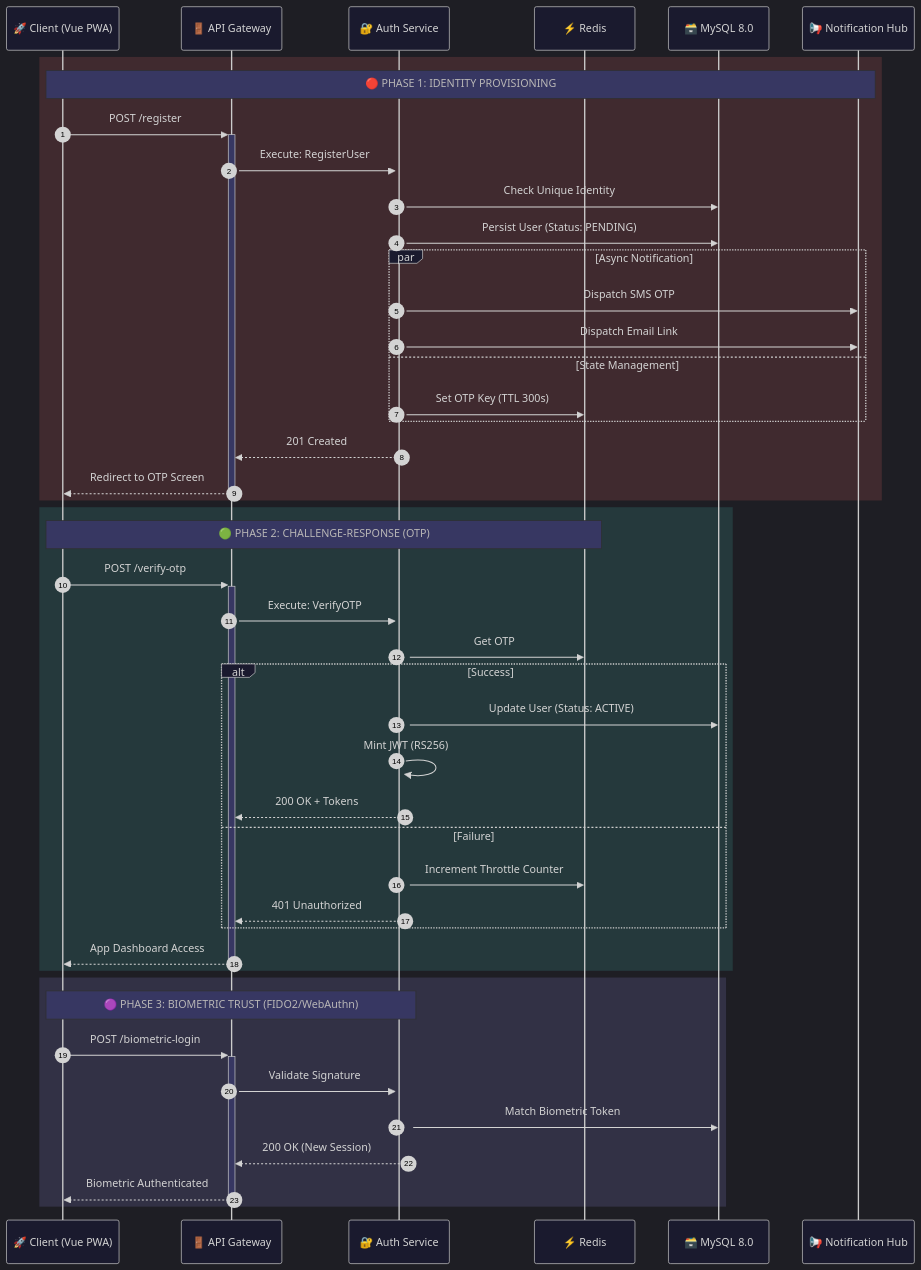
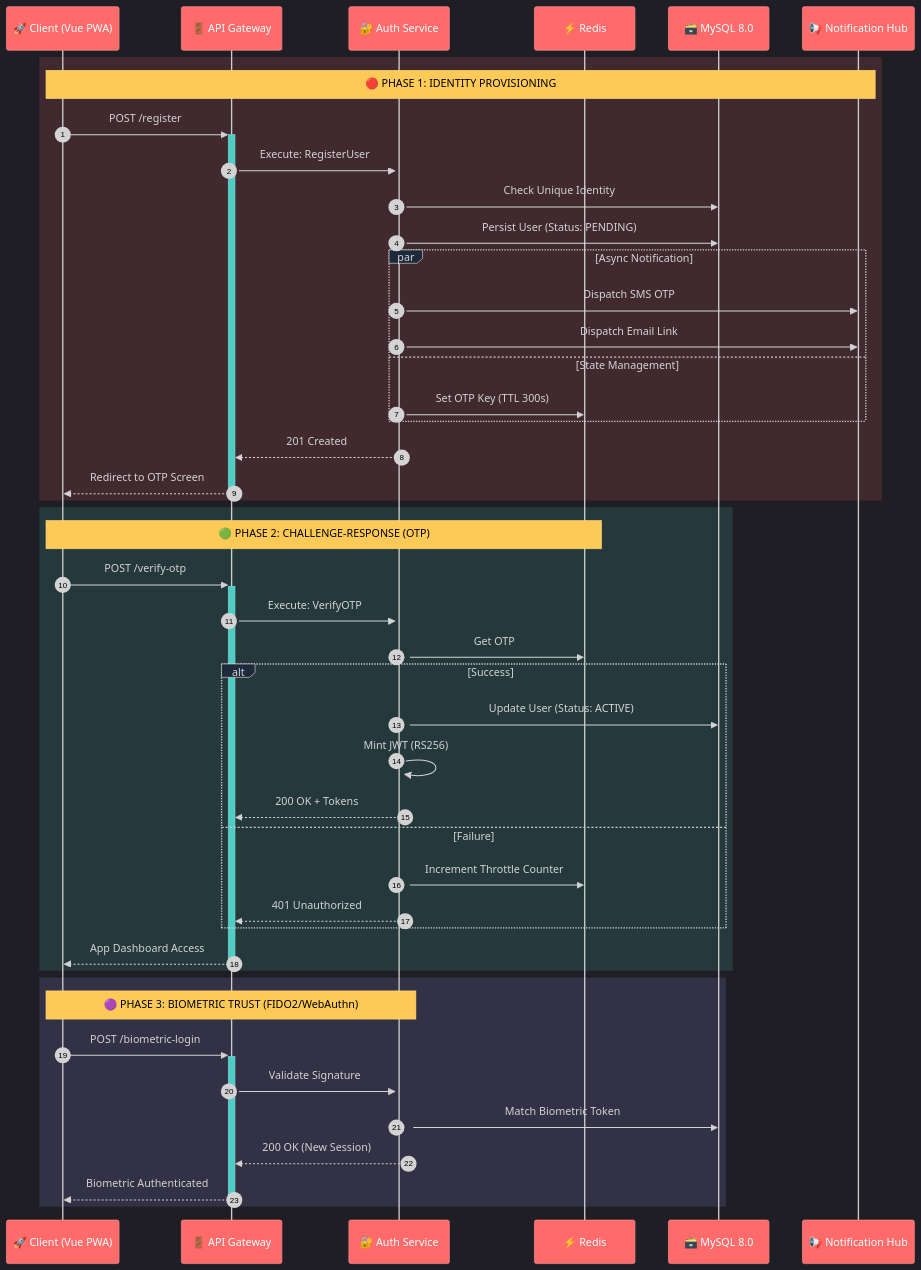
Before and after one commit to abdoElHodaky/larvrevrstender: the diagram in diagrams/authentication-flow.md, drawn with Mermaid. The commit also changed 2 other files, not shown here.

````diff
--- a/diagrams/authentication-flow.md
+++ b/diagrams/authentication-flow.md
@@ -11,67 +11,78 @@
 ```mermaid
 %%{init: {
   'theme': 'dark',
   'themeVariables': {
-    'primaryColor': '#ff6b6b',
-    'primaryTextColor': '#ffffff',
-    'lineColor': '#4ecdc4',
-    'secondaryColor': '#f7d794',
-    'tertiaryColor': '#a29bfe',
-    'mainBkg': '#1a1a2e',
-    'nodeBorder': '#4ecdc4'
+    'primaryColor': '#FF6B6B',
+    'primaryTextColor': '#FFFFFF',
+    'primaryBorderColor': '#FF8E8E',
+    'lineColor': '#4ECDC4',
+    'secondaryColor': '#45B7D1',
+    'tertiaryColor': '#96CEB4',
+    'background': '#0F172A',
+    'mainBkg': '#1E293B',
+    'secondBkg': '#334155',
+    'tertiaryBkg': '#475569',
+    'actorBkg': '#FF6B6B',
+    'actorBorder': '#FF8E8E',
+    'actorTextColor': '#FFFFFF',
+    'activationBkgColor': '#4ECDC4',
+    'activationBorderColor': '#7ED6D1',
+    'noteBkgColor': '#FECA57',
+    'noteTextColor': '#000000',
+    'noteBorderColor': '#FED876'
   }
 }}%%
 
 sequenceDiagram
     autonumber
     participant Client as 🚀 Client (Vue PWA)
     participant Gateway as 🚪 API Gateway
     participant Auth as 🔐 Auth Service
     participant Cache as ⚡ Redis
     participant DB as 🗃️ MySQL 8.0
     participant Notify as 📢 Notification Hub
 
     rect rgb(255, 107, 107, 0.15)
         Note over Client, Notify: 🔴 PHASE 1: IDENTITY PROVISIONING
         Client->>+Gateway: POST /register
         Gateway->>+Auth: Execute: RegisterUser
         Auth->>DB: Check Unique Identity
         Auth->>DB: Persist User (Status: PENDING)
         
         par Async Notification
             Auth->>Notify: Dispatch SMS OTP
             Auth->>Notify: Dispatch Email Link
         and State Management
             Auth->>Cache: Set OTP Key (TTL 300s)
         end
         
         Auth-->>Gateway: 201 Created
         Gateway-->>-Client: Redirect to OTP Screen
     end
 
     rect rgb(78, 205, 196, 0.15)
         Note over Client, Cache: 🟢 PHASE 2: CHALLENGE-RESPONSE (OTP)
         Client->>+Gateway: POST /verify-otp
         Gateway->>+Auth: Execute: VerifyOTP
         Auth->>Cache: Get OTP
         
         alt Success
             Auth->>DB: Update User (Status: ACTIVE)
             Auth->>Auth: Mint JWT (RS256)
             Auth-->>Gateway: 200 OK + Tokens
         else Failure
             Auth->>Cache: Increment Throttle Counter
             Auth-->>Gateway: 401 Unauthorized
         end
         Gateway-->>-Client: App Dashboard Access
     end
 
     rect rgb(162, 155, 254, 0.15)
         Note over Client, Auth: 🟣 PHASE 3: BIOMETRIC TRUST (FIDO2/WebAuthn)
         Client->>+Gateway: POST /biometric-login
         Gateway->>+Auth: Validate Signature
         Auth->>DB: Match Biometric Token
         Auth-->>Gateway: 200 OK (New Session)
         Gateway-->>-Client: Biometric Authenticated
     end
 ```
````
